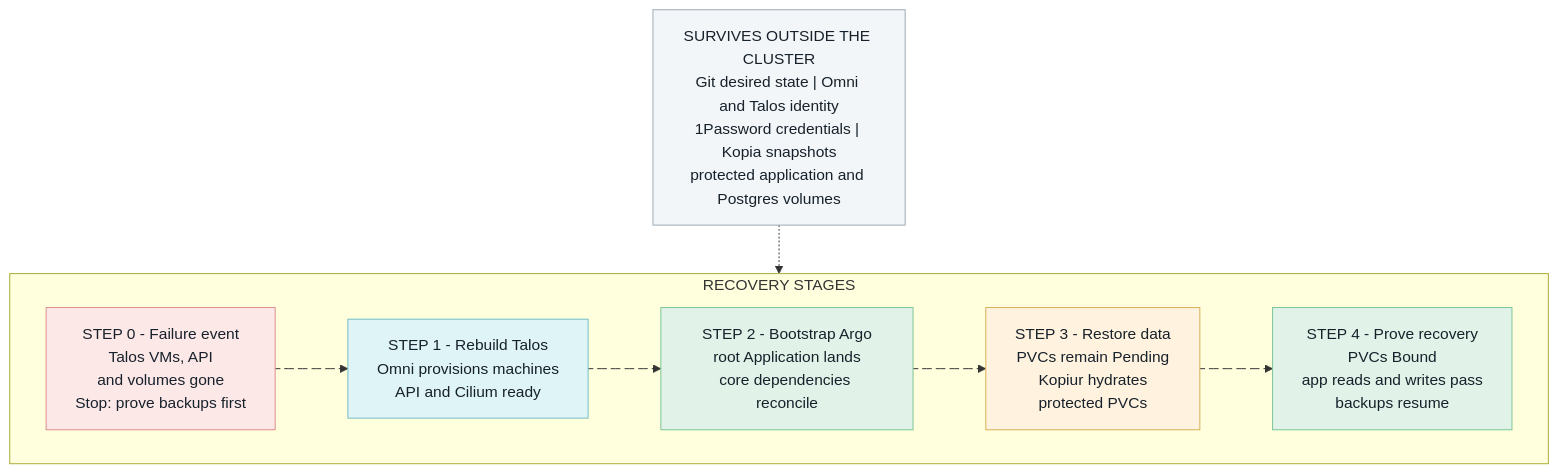
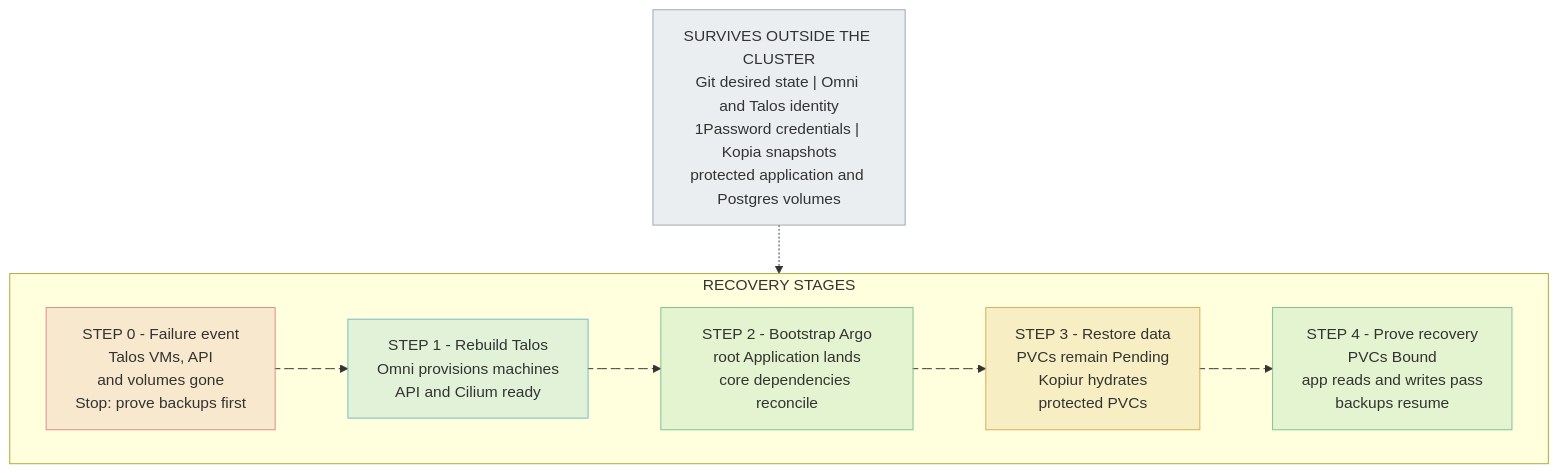
One commit to mitchross/talos-argocd-proxmox changed the diagram in docs/disaster-recovery.md. Above: the diagram before and after it, drawn with Mermaid. The commit also changed 8 other files, not shown here.

Commit message:
docs: make Mermaid boxes readable in dark mode (#4079)

````diff
--- a/docs/disaster-recovery.md
+++ b/docs/disaster-recovery.md
@@ -23,54 +23,54 @@
 ```mermaid
 flowchart TB
   accTitle: Full-cluster disaster recovery sequence
   accDescr: Git, Omni configuration, 1Password, and Kopia survive outside the cluster. Talos is rebuilt, Argo bootstraps, application data restores, and health checks prove recovery.
 
   SURVIVE["`SURVIVES OUTSIDE THE CLUSTER
   Git desired state | Omni and Talos identity
   1Password credentials | Kopia snapshots
   protected application and Postgres volumes`"]
 
   subgraph RECOVERY["RECOVERY STAGES"]
     direction LR
     FAIL["`STEP 0 - Failure event
     Talos VMs, API
     and volumes gone
     Stop: prove backups first`"]
     TALOS["`STEP 1 - Rebuild Talos
     Omni provisions machines
     API and Cilium ready`"]
     ARGO["`STEP 2 - Bootstrap Argo
     root Application lands
     core dependencies reconcile`"]
     DATA["`STEP 3 - Restore data
     PVCs remain Pending
     Kopiur hydrates
     protected PVCs`"]
     PROVE["`STEP 4 - Prove recovery
     PVCs Bound
     app reads and writes pass
     backups resume`"]
     FAIL fail@--> TALOS
     TALOS talos@--> ARGO
     ARGO argo@--> DATA
     DATA data@--> PROVE
   end
 
   SURVIVE context@-.-> RECOVERY
 
-  classDef survivor fill:#f3f6f8,stroke:#9aa8b3,color:#17212b
-  classDef failure fill:#fde8e8,stroke:#dc8c8c,color:#17212b
-  classDef controller fill:#dff4f6,stroke:#70bcc4,color:#17212b
-  classDef desired fill:#e1f3e8,stroke:#7bc397,color:#17212b
-  classDef external fill:#fff3df,stroke:#d8ad55,color:#17212b
+  classDef survivor fill:#9aa8b333,stroke:#9aa8b3
+  classDef failure fill:#dc8c8c33,stroke:#dc8c8c
+  classDef controller fill:#70bcc433,stroke:#70bcc4
+  classDef desired fill:#7bc39733,stroke:#7bc397
+  classDef external fill:#d8ad5533,stroke:#d8ad55
   class SURVIVE survivor
   class FAIL failure
   class TALOS controller
   class ARGO,PROVE desired
   class DATA external
 
   fail@{ animation: fast }
   talos@{ animation: fast }
   argo@{ animation: fast }
   data@{ animation: fast }
 ```
````
